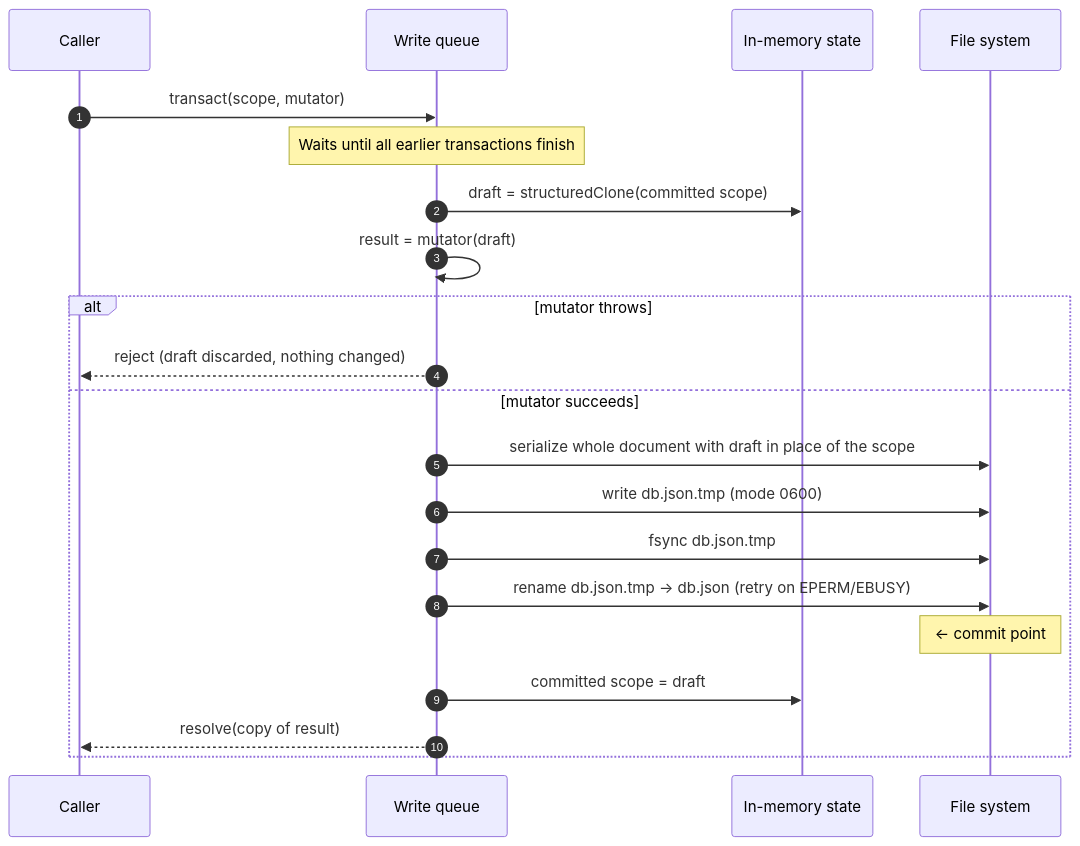
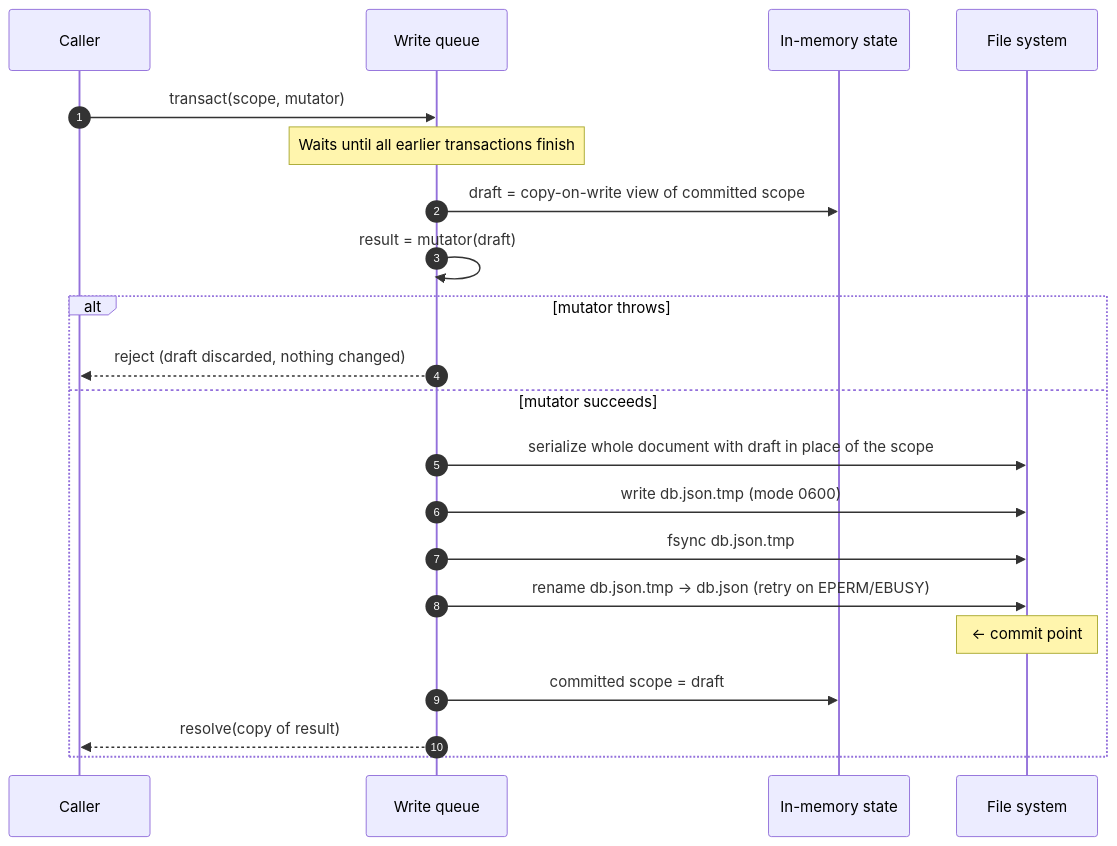
One commit to omivrex/payment-microservice-simulation changed the first of 5 diagrams in docs/07-persistence.md. Above: the diagram before and after it, drawn with Mermaid. The commit also changed other lines of this file and 22 other files, not shown here.

First line of the commit message:
feat: housekeeping, copy-on-write DB, re-encryption, benchmark, README

````diff
--- a/docs/07-persistence.md
+++ b/docs/07-persistence.md
@@ -110,24 +110,24 @@
 ```mermaid
 sequenceDiagram
     autonumber
     participant C as Caller
     participant Q as Write queue
     participant M as In-memory state
     participant F as File system
 
     C->>Q: transact(scope, mutator)
     Note over Q: Waits until all earlier transactions finish
-    Q->>M: draft = structuredClone(committed scope)
+    Q->>M: draft = copy-on-write view of committed scope
     Q->>Q: result = mutator(draft)
     alt mutator throws
         Q-->>C: reject (draft discarded, nothing changed)
     else mutator succeeds
         Q->>F: serialize whole document with draft in place of the scope
         Q->>F: write db.json.tmp (mode 0600)
         Q->>F: fsync db.json.tmp
         Q->>F: rename db.json.tmp → db.json (retry on EPERM/EBUSY)
         Note over F: ← commit point
         Q->>M: committed scope = draft
         Q-->>C: resolve(copy of result)
     end
 ```
````
